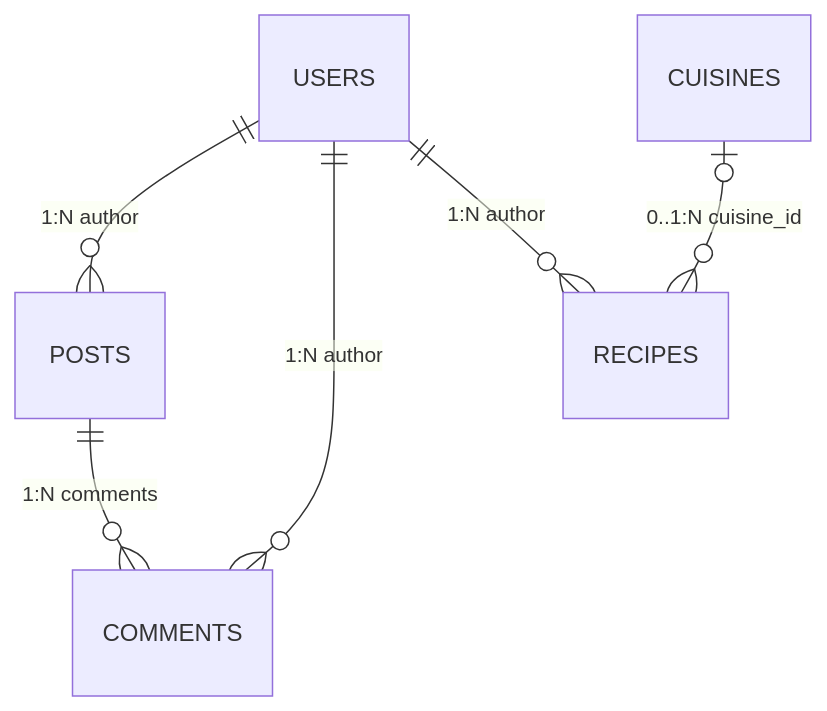
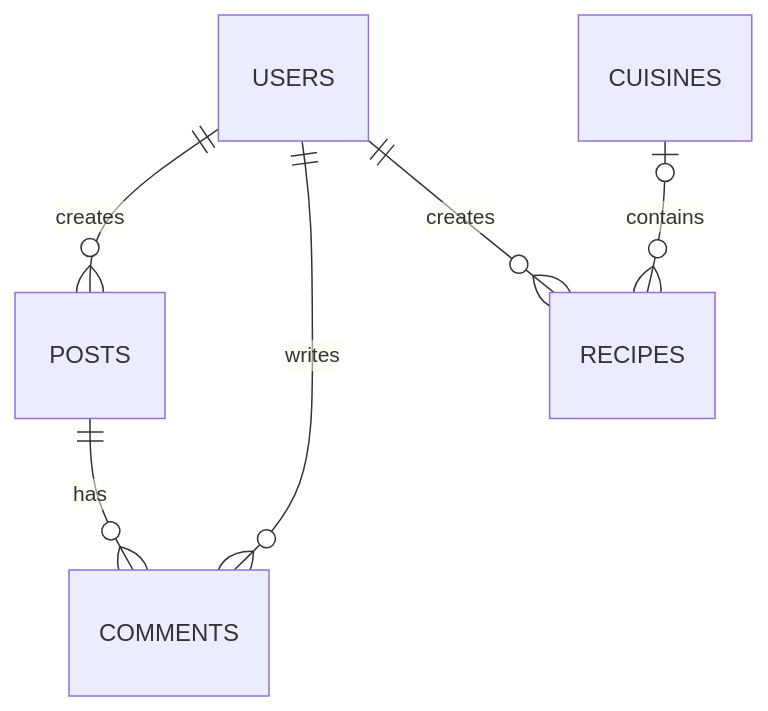
Before and after one commit to ArtemKutsan/recipes-backend: the first of 2 diagrams in README.md, drawn with Mermaid. The commit also changed other lines of this file and 1 other file, not shown here.

Commit message:
docs: уточнил подписи связей в Mermaid-схемах

````diff
--- a/README.md
+++ b/README.md
@@ -364,8 +364,8 @@
 ```mermaid
 erDiagram
-  USERS ||--o{ POSTS : "1:N author"
-  USERS ||--o{ COMMENTS : "1:N author"
-  USERS ||--o{ RECIPES : "1:N author"
-  POSTS ||--o{ COMMENTS : "1:N comments"
-  CUISINES |o--o{ RECIPES : "0..1:N cuisine_id"
+  USERS ||--o{ POSTS : "creates"
+  USERS ||--o{ COMMENTS : "writes"
+  USERS ||--o{ RECIPES : "creates"
+  POSTS ||--o{ COMMENTS : "has"
+  CUISINES |o--o{ RECIPES : "contains"
 ```
````
